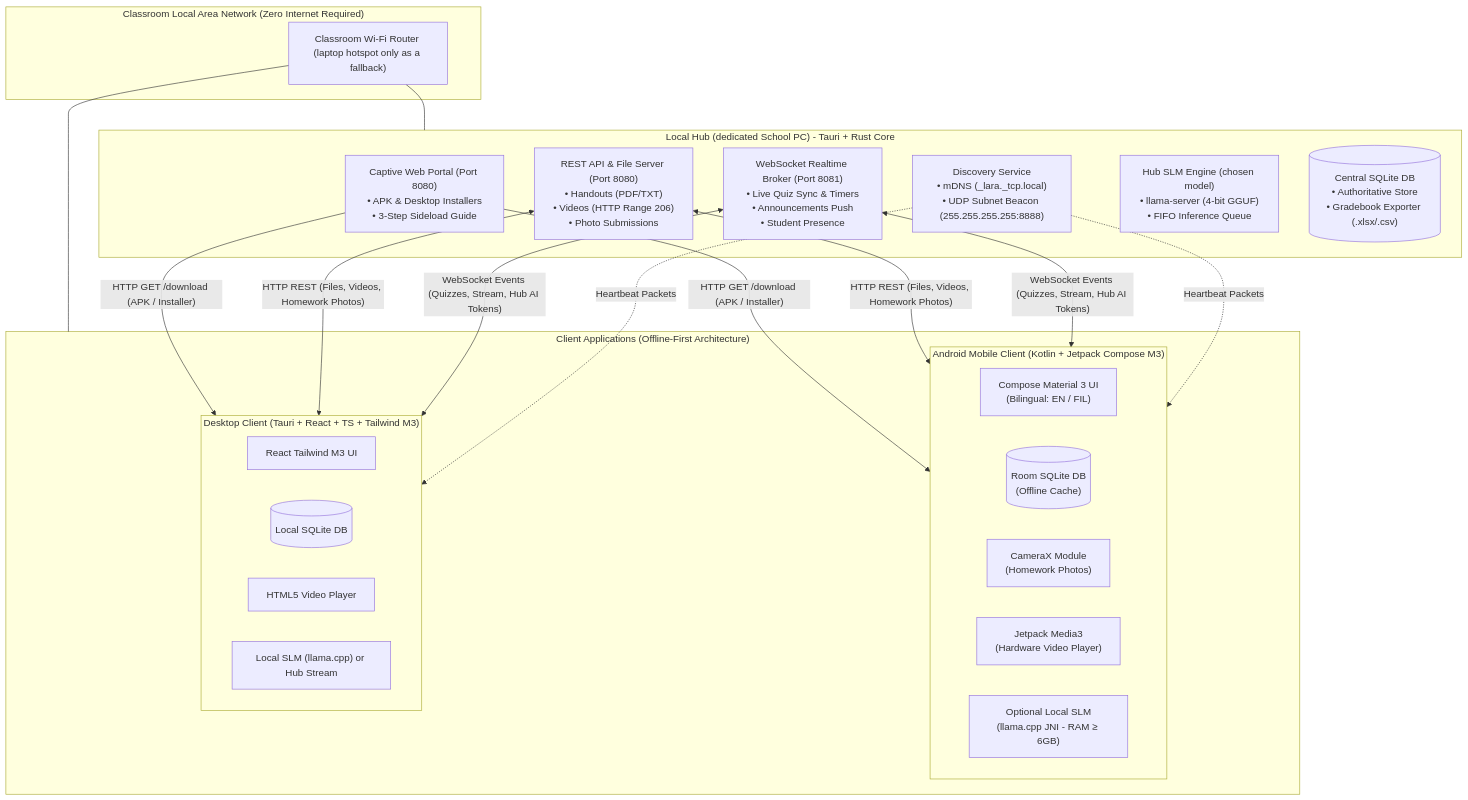
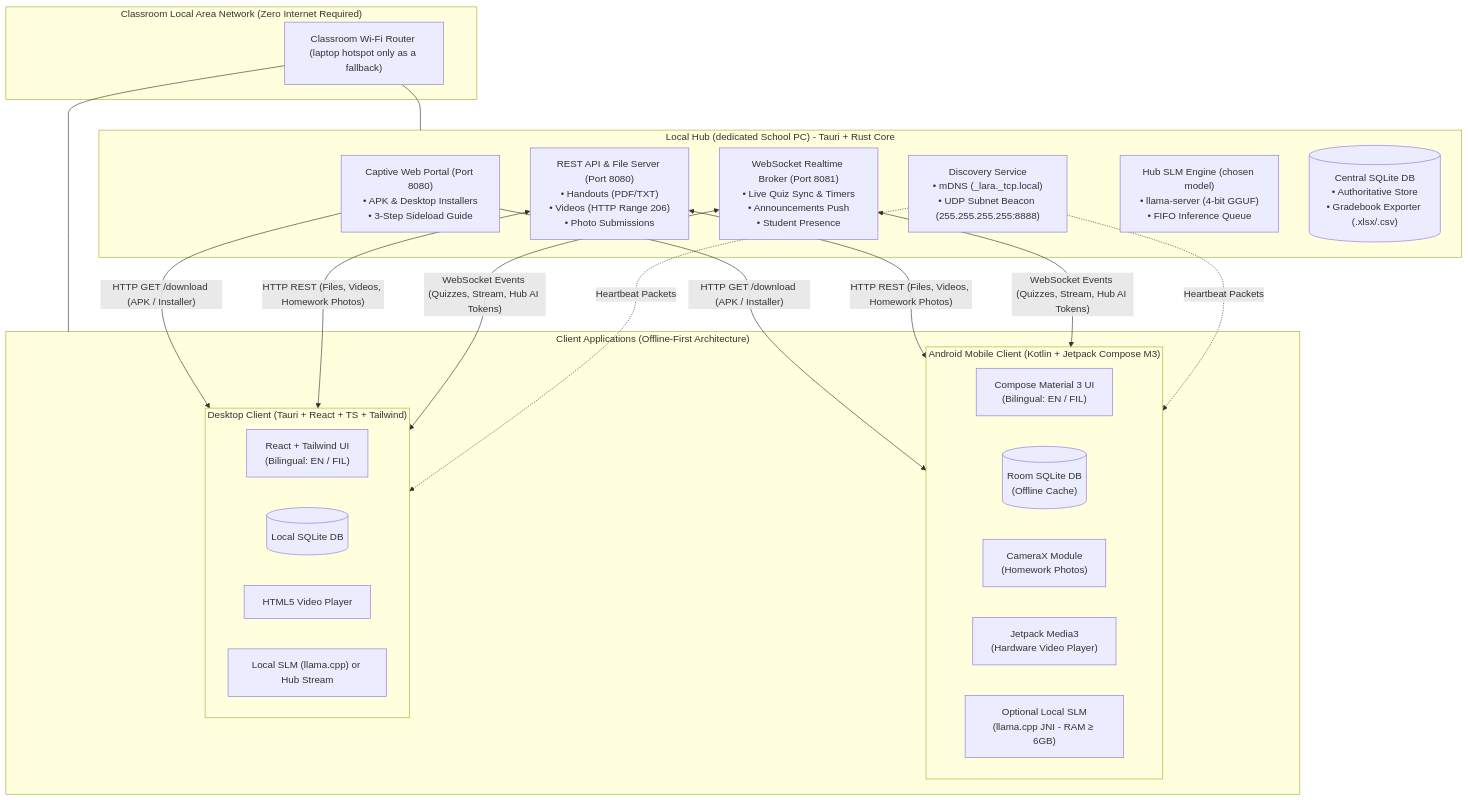
Before and after one commit to BootlegYouki/L.A.R.A: the first of 5 diagrams in docs/PRD.md, drawn with Mermaid. The commit also changed other lines of this file and 4 other files, not shown here.

````diff
--- a/docs/PRD.md
+++ b/docs/PRD.md
@@ -50,40 +50,40 @@
 ```mermaid
 flowchart TD
  subgraph RouterArea["Classroom Local Area Network (Zero Internet Required)"]
  Router["Classroom Wi-Fi Router (laptop hotspot only as a fallback)"]
  end
 
  subgraph HubServer["Local Hub (dedicated School PC) - Tauri + Rust Core"]
  Captive["Captive Web Portal (Port 8080)<br/>• APK & Desktop Installers<br/>• 3-Step Sideload Guide"]
  RestEngine["REST API & File Server (Port 8080)<br/>• Handouts (PDF/TXT)<br/>• Videos (HTTP Range 206)<br/>• Photo Submissions"]
  WsBroker["WebSocket Realtime Broker (Port 8081)<br/>• Live Quiz Sync & Timers<br/>• Announcements Push<br/>• Student Presence"]
  Discovery["Discovery Service<br/>• mDNS (_lara._tcp.local)<br/>• UDP Subnet Beacon (255.255.255.255:8888)"]
  HubAI["Hub SLM Engine (chosen model)<br/>• llama-server (4-bit GGUF)<br/>• FIFO Inference Queue"]
  CentralDB[("Central SQLite DB<br/>• Authoritative Store<br/>• Gradebook Exporter (.xlsx/.csv)")]
  end
 
  subgraph ClientApps["Client Applications (Offline-First Architecture)"]
  subgraph AndroidClient["Android Mobile Client (Kotlin + Jetpack Compose M3)"]
  DroidUI["Compose Material 3 UI<br/>(Bilingual: EN / FIL)"]
  DroidRoom[("Room SQLite DB<br/>(Offline Cache)")]
  DroidCam["CameraX Module<br/>(Homework Photos)"]
  DroidMedia["Jetpack Media3<br/>(Hardware Video Player)"]
  DroidAI["Optional Local SLM<br/>(llama.cpp JNI - RAM ≥ 6GB)"]
  end
 
- subgraph DesktopClient["Desktop Client (Tauri + React + TS + Tailwind M3)"]
- DeskUI["React Tailwind M3 UI"]
+ subgraph DesktopClient["Desktop Client (Tauri + React + TS + Tailwind)"]
+ DeskUI["React + Tailwind UI<br/>(Bilingual: EN / FIL)"]
  DeskSQLite[("Local SQLite DB")]
  DeskVideo["HTML5 Video Player"]
  DeskAI["Local SLM (llama.cpp) or Hub Stream"]
  end
  end
 
  Router --- HubServer
  Router --- ClientApps
 
  Captive -->|"HTTP GET /download (APK / Installer)"| AndroidClient & DesktopClient
  RestEngine <-->|"HTTP REST (Files, Videos, Homework Photos)"| AndroidClient & DesktopClient
  WsBroker <-->|"WebSocket Events (Quizzes, Stream, Hub AI Tokens)"| AndroidClient & DesktopClient
  Discovery -.->|"Heartbeat Packets"| AndroidClient & DesktopClient
 ```
````
